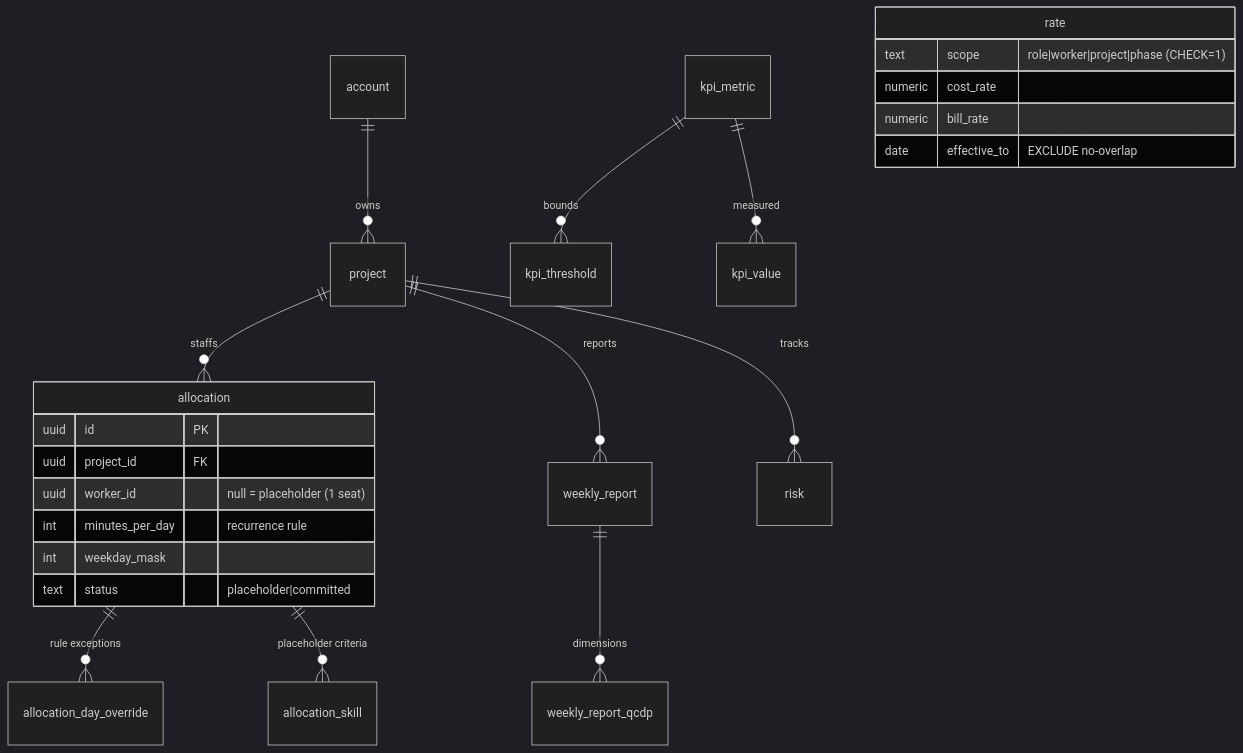
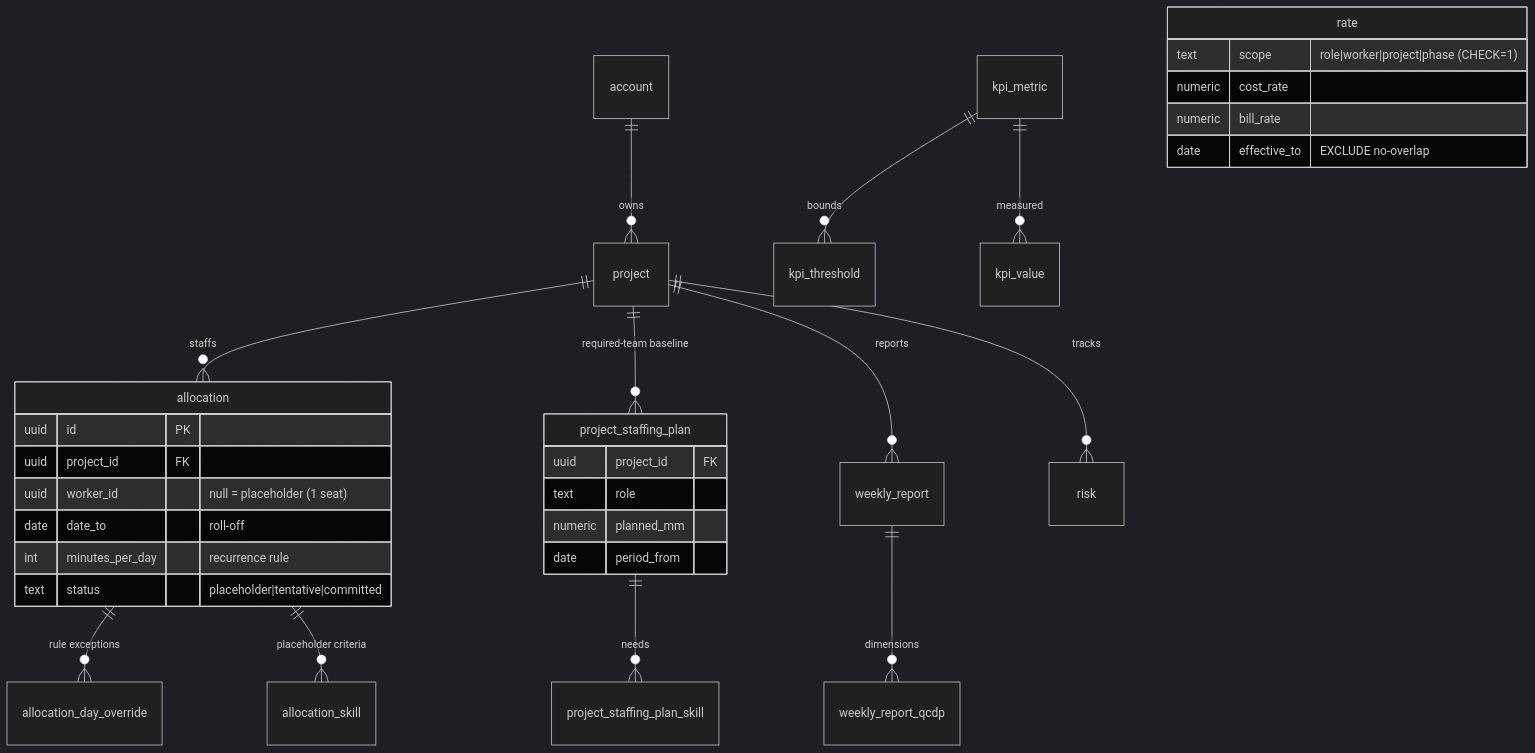
One commit to Seta-International/agent-platform changed the third of 5 diagrams in docs/spike/db-design.md. Above: the diagram before and after it, drawn with Mermaid (dark theme). The commit also changed other lines of this file and 10 other files, not shown here.

First line of the commit message:
Refactor documentation and schema for People, Hiring, and PM modules

````diff
--- a/docs/spike/db-design.md
+++ b/docs/spike/db-design.md
@@ -316,26 +329,34 @@
 ```mermaid
 erDiagram
   account ||--o{ project : owns
   project ||--o{ allocation : staffs
+  project ||--o{ project_staffing_plan : "required-team baseline"
+  project_staffing_plan ||--o{ project_staffing_plan_skill : needs
   allocation ||--o{ allocation_day_override : "rule exceptions"
   allocation ||--o{ allocation_skill : "placeholder criteria"
   project ||--o{ weekly_report : reports
   weekly_report ||--o{ weekly_report_qcdp : dimensions
   project ||--o{ risk : tracks
   kpi_metric ||--o{ kpi_threshold : bounds
   kpi_metric ||--o{ kpi_value : measured
   allocation {
     uuid id PK
     uuid project_id FK
     uuid worker_id "null = placeholder (1 seat)"
+    date date_to "roll-off"
     int minutes_per_day "recurrence rule"
-    int weekday_mask
-    text status "placeholder|committed"
+    text status "placeholder|tentative|committed"
+  }
+  project_staffing_plan {
+    uuid project_id FK
+    text role
+    numeric planned_mm
+    date period_from
   }
   rate {
     text scope "role|worker|project|phase (CHECK=1)"
     numeric cost_rate
     numeric bill_rate
     date effective_to "EXCLUDE no-overlap"
   }
 ```
````
